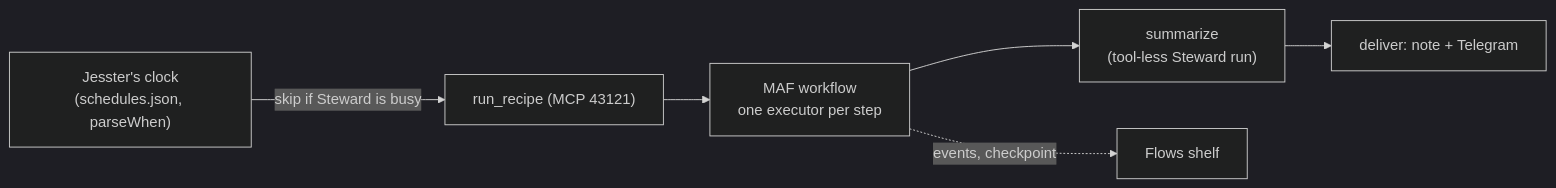
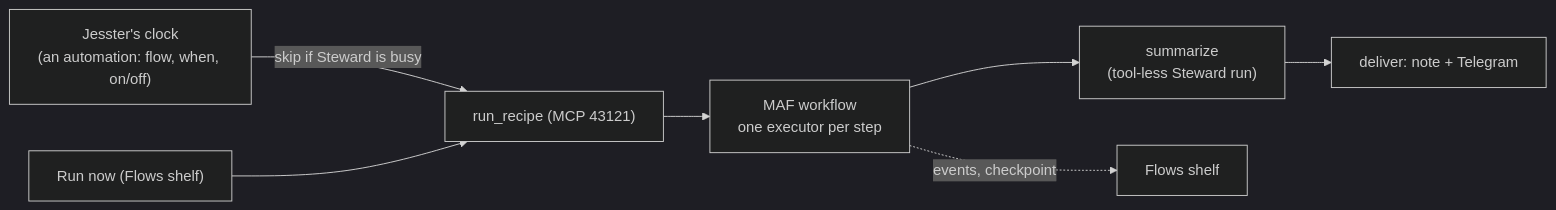
The third of 3 diagrams in docs/ARCHITECTURE.md (thebrotherscarr-bit/Steward), drawn with Mermaid (dark theme) before and after one commit. The commit also changed other lines of this file and 14 other files, not shown here.

First line of the commit message:
ADR-0009: flows are ordered tool chains; automations schedule flows. eval_start in chat is planned and carded; inside a flow it runs with no card

````diff
--- a/docs/ARCHITECTURE.md
+++ b/docs/ARCHITECTURE.md
@@ -143,8 +151,9 @@
 ```mermaid
 flowchart LR
-    C["Jesster's clock<br/>(schedules.json, parseWhen)"] -->|skip if Steward is busy| R["run_recipe (MCP 43121)"]
+    C["Jesster's clock<br/>(an automation: flow, when, on/off)"] -->|skip if Steward is busy| R["run_recipe (MCP 43121)"]
+    N["Run now (Flows shelf)"] --> R
     R --> W["MAF workflow<br/>one executor per step"]
     W --> Sm["summarize<br/>(tool-less Steward run)"]
     Sm --> D["deliver: note + Telegram"]
     W -.->|events, checkpoint| F["Flows shelf"]
 ```
````
